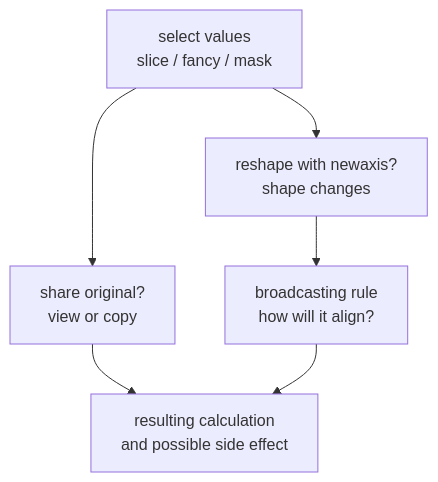
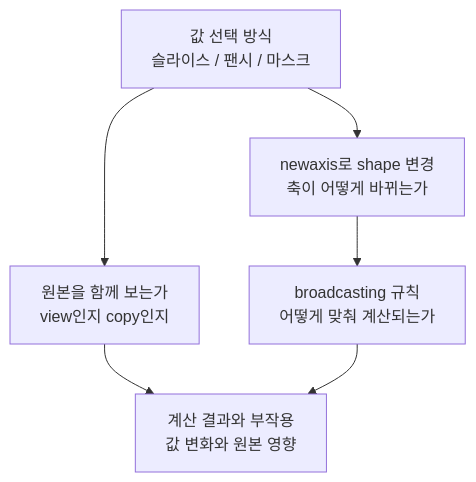
Before and after one commit to devchan64/AiBook: the diagram in docs/parts/part-02/chapter-11/section-04.md, drawn with Mermaid. The commit also changed 17 other files, not shown here.

Commit message:
docs: localize more part 2 mermaid diagrams

````diff
--- a/docs/parts/part-02/chapter-11/section-04.md
+++ b/docs/parts/part-02/chapter-11/section-04.md
@@ -253,14 +253,14 @@
 ```mermaid
 flowchart TD
-    select["select values<br/>slice / fancy / mask"]
-    share["share original?<br/>view or copy"]
-    reshape["reshape with newaxis?<br/>shape changes"]
-    broadcast["broadcasting rule<br/>how will it align?"]
-    result["resulting calculation<br/>and possible side effect"]
+    select["값 선택 방식<br/>슬라이스 / 팬시 / 마스크"]
+    share["원본을 함께 보는가<br/>view인지 copy인지"]
+    reshape["newaxis로 shape 변경<br/>축이 어떻게 바뀌는가"]
+    broadcast["broadcasting 규칙<br/>어떻게 맞춰 계산되는가"]
+    result["계산 결과와 부작용<br/>값 변화와 원본 영향"]
 
     select --> share
     select --> reshape
     reshape --> broadcast
     share --> result
     broadcast --> result
 ```
````
